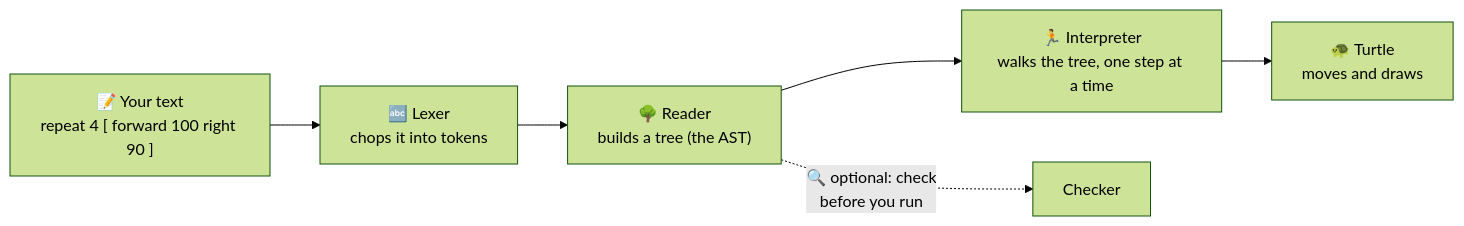
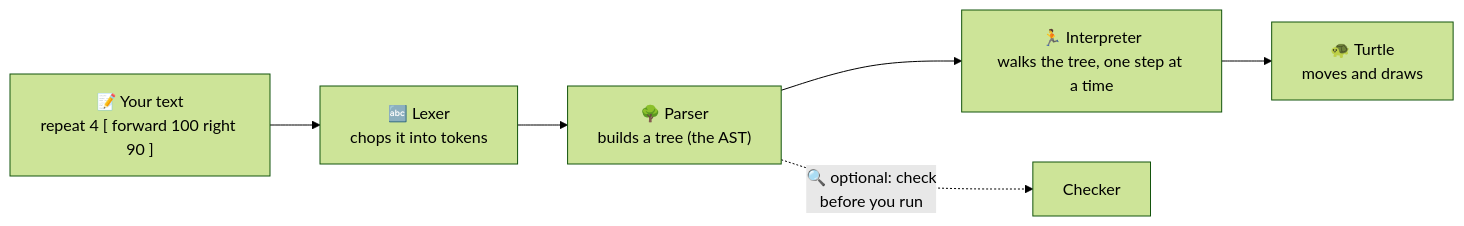
Before and after one commit to pmalarme/open-logo: the diagram in docs/learn-how-its-built/01-the-big-picture.md, drawn with Mermaid (forest theme). The commit also changed other lines of this file and 10 other files, not shown here.

First line of the commit message:
docs: add a Parser page + rename Reader→Parser + reorder to Token→Lexer→AST→Parser (#382) (#383)

````diff
--- a/docs/learn-how-its-built/01-the-big-picture.md
+++ b/docs/learn-how-its-built/01-the-big-picture.md
@@ -13,8 +13,8 @@
 ```mermaid
 flowchart LR
   A["📝 Your text<br/>repeat 4 [ forward 100 right 90 ]"] --> B["🔤 Lexer<br/>chops it into tokens"]
-  B --> C["🌳 Reader<br/>builds a tree (the AST)"]
+  B --> C["🌳 Parser<br/>builds a tree (the AST)"]
   C --> D["🏃 Interpreter<br/>walks the tree, one step at a time"]
   D --> E["🐢 Turtle<br/>moves and draws"]
   C -.->|"🔍 optional: check<br/>before you run"| F["Checker"]
 ```
````
